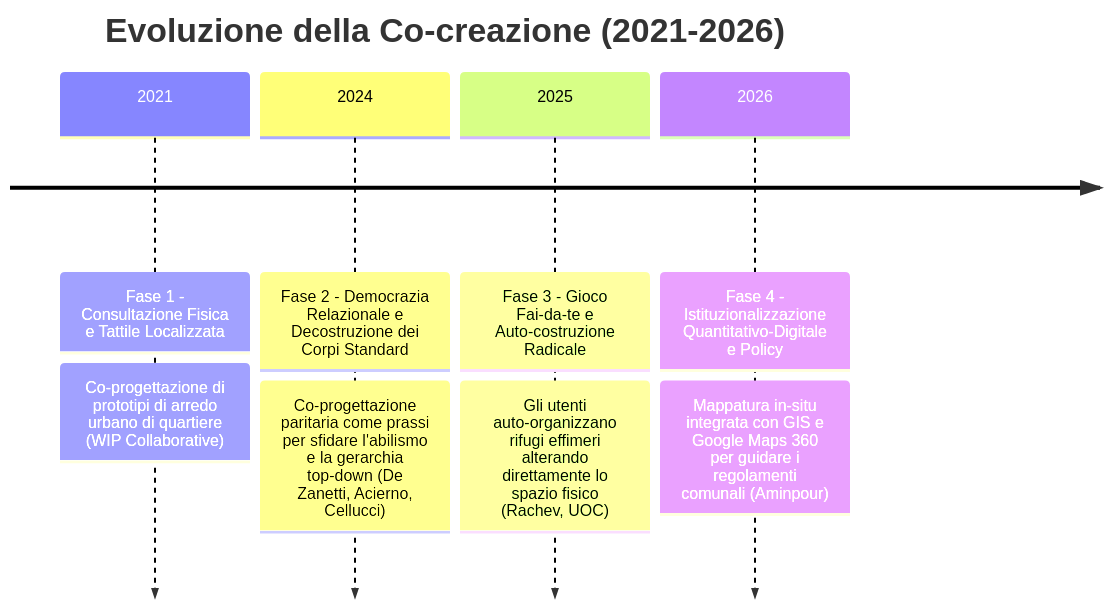
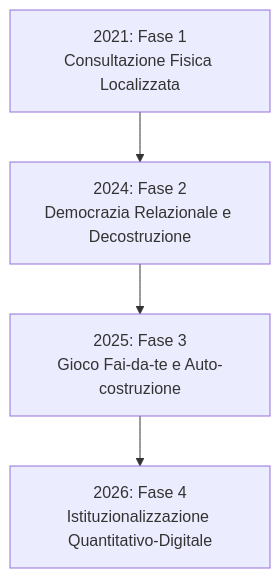
Before and after one commit to amagaro/Salvatore_Ricercatore: the diagram in content/60 - Approfondimenti/Spazi Aperti Neuroinclusivi/Sintesi - Trend Temporale ed Evoluzione della Co-creazione.md, drawn with Mermaid. The commit also changed 2 other files, not shown here.

Commit message:
Fix: Rimossi sfondi colorati dai diagrammi Mermaid per migliorare la leggibilità

````diff
--- a/content/60 - Approfondimenti/Spazi Aperti Neuroinclusivi/Sintesi - Trend Temporale ed Evoluzione della Co-creazione.md
+++ b/content/60 - Approfondimenti/Spazi Aperti Neuroinclusivi/Sintesi - Trend Temporale ed Evoluzione della Co-creazione.md
@@ -24,8 +24,6 @@
 ```mermaid
-timeline
-    title Evoluzione della Co-creazione (2021-2026)
-    2021 : Fase 1 - Consultazione Fisica e Tattile Localizzata : Co-progettazione di prototipi di arredo urbano di quartiere (WIP Collaborative)
-    2024 : Fase 2 - Democrazia Relazionale e Decostruzione dei Corpi Standard : Co-progettazione paritaria come prassi per sfidare l'abilismo e la gerarchia top-down (De Zanetti, Acierno, Cellucci)
-    2025 : Fase 3 - Gioco Fai-da-te e Auto-costruzione Radicale : Gli utenti auto-organizzano rifugi effimeri alterando direttamente lo spazio fisico (Rachev, UOC)
-    2026 : Fase 4 - Istituzionalizzazione Quantitativo-Digitale e Policy : Mappatura in-situ integrata con GIS e Google Maps 360 per guidare i regolamenti comunali (Aminpour)
+graph TD
+    A["2021: Fase 1<br>Consultazione Fisica Localizzata"] --> B["2024: Fase 2<br>Democrazia Relazionale e Decostruzione"]
+    B --> C["2025: Fase 3<br>Gioco Fai-da-te e Auto-costruzione"]
+    C --> D["2026: Fase 4<br>Istituzionalizzazione Quantitativo-Digitale"]
 ```
````
